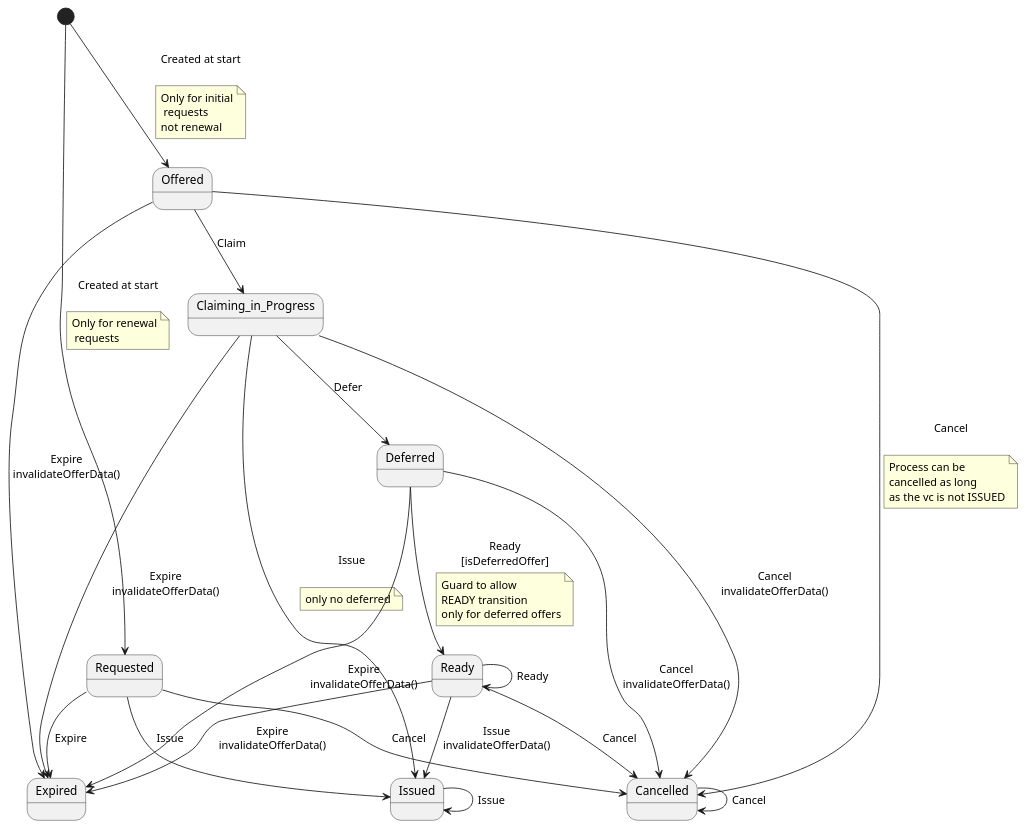
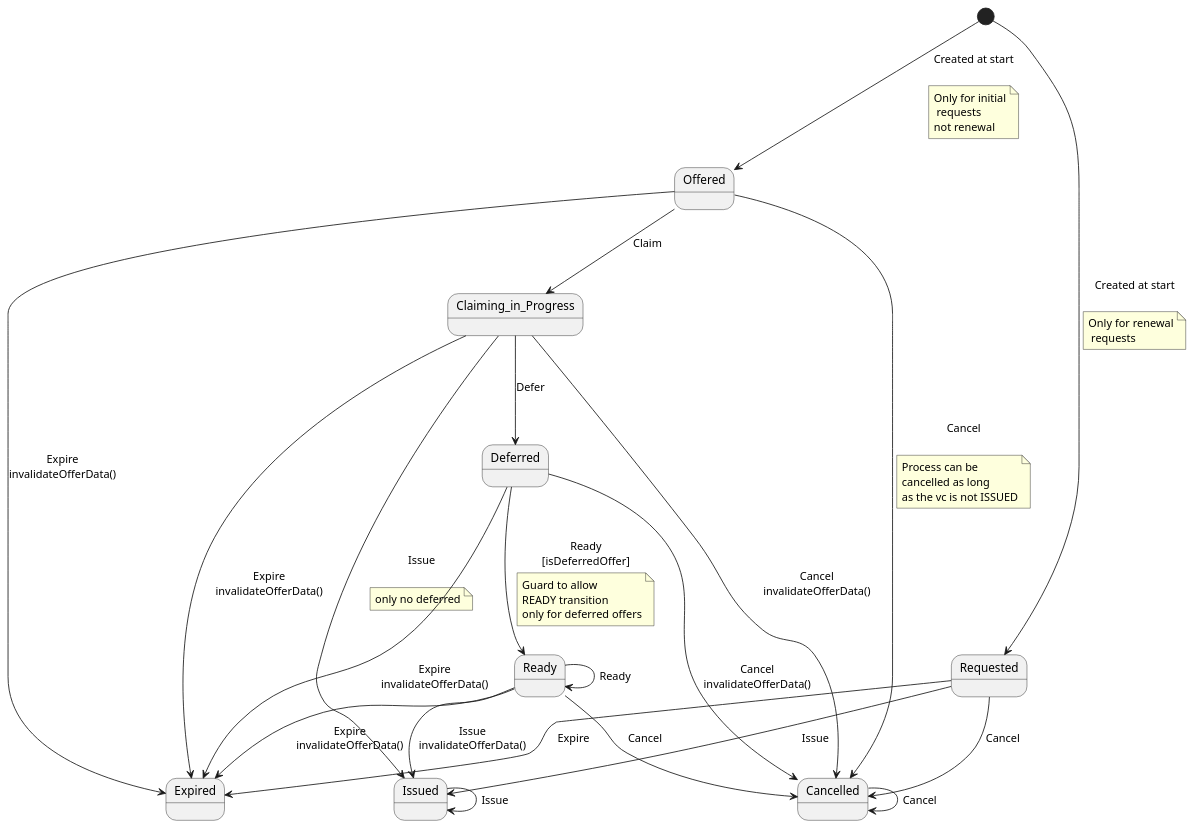
Before and after one commit to swiyu-admin-ch/swiyu-issuer: the diagram in issuer-service/src/main/resources/plantuml/credentialOfferStateMachine.puml, drawn with PlantUML. The commit also changed other lines of this file and 8 other files, not shown here.

```diff
--- a/issuer-service/src/main/resources/plantuml/credentialOfferStateMachine.puml
+++ b/issuer-service/src/main/resources/plantuml/credentialOfferStateMachine.puml
@@ -1,58 +1,58 @@
 @startuml
-state Deferred
+state Ready
+state Issued
 state Cancelled
-state Requested
-state Offered
 state Expired
 state Claiming_in_Progress
-state Issued
-state Ready
+state Offered
+state Requested
+state Deferred
 [*] --> Offered : Created at start\n
 note on link
 Only for initial
  requests
 not renewal
 end note
 
 [*] --> Requested : Created at start\n
 note on link
 Only for renewal
  requests
 end note
 
 Requested --> Issued : Issue
 Requested --> Cancelled : Cancel
 Requested --> Expired : Expire
 Offered --> Cancelled : Cancel\n
 note on link
 Process can be
 cancelled as long
 as the vc is not ISSUED
 end note
 
 Offered --> Expired : Expire\ninvalidateOfferData()
 Offered --> Claiming_in_Progress : Claim
 Claiming_in_Progress --> Expired : Expire\ninvalidateOfferData()
 Claiming_in_Progress --> Deferred : Defer
 Claiming_in_Progress --> Issued : Issue\n
 note on link
 only no deferred
 end note
 
 Claiming_in_Progress --> Cancelled : Cancel\ninvalidateOfferData()
 Deferred --> Ready : Ready\n[isDeferredOffer]
 note on link
 Guard to allow
 READY transition
 only for deferred offers
 end note
 
 Deferred --> Expired : Expire\ninvalidateOfferData()
 Deferred --> Cancelled : Cancel\ninvalidateOfferData()
 Ready --> Issued : Issue\ninvalidateOfferData()
 Ready --> Expired : Expire\ninvalidateOfferData()
 Ready --> Cancelled : Cancel
 Ready --> Ready : Ready
 Issued --> Issued : Issue
 Cancelled --> Cancelled : Cancel
 @enduml
```
